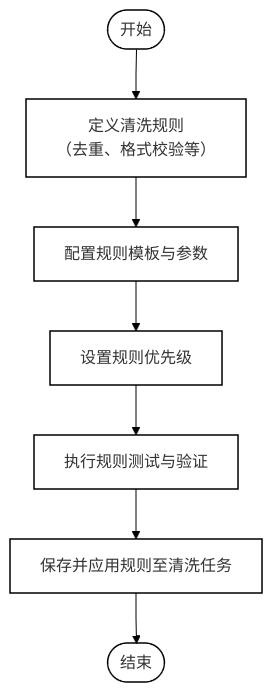
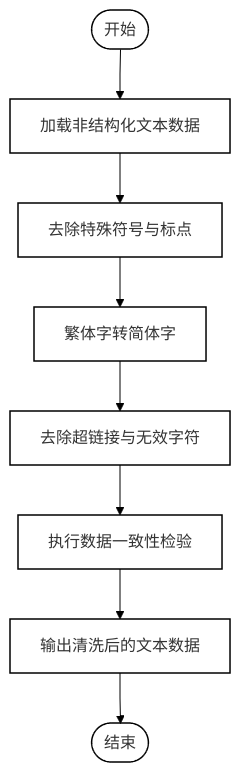
One commit to dremup/iodraw-files changed the diagram in all/未命名.md. Above: the diagram before and after it, drawn with Mermaid.

Commit message:
2025-11-14 09:47:07 update

````diff
--- a/all/未命名.md
+++ b/all/未命名.md
@@ -1,28 +1,29 @@
 ```mermaid
 %%{init:{
   "flowchart":{"direction":"TB","curve":"linear","htmlLabels":true},
   "themeVariables":{
     "background":"transparent",
     "edgeLabelBackground":"transparent",
     "primaryTextColor":"#000000",
     "lineColor":"#000000",
     "fontSize":"16px"
   },
   "themeCSS":".edgeLabel rect{fill:transparent!important;stroke:transparent!important;}"
 }}%%
 flowchart TB
-  A([开始]):::ellipse --> B[定义清洗规则<br/>（去重、格式校验等）]:::rect
-  B --> C[配置规则模板与参数]:::rect
-  C --> D[设置规则优先级]:::rect
-  D --> E[执行规则测试与验证]:::rect
-  E --> F[保存并应用规则至清洗任务]:::rect
-  F --> G([结束]):::ellipse
+  A([开始]):::ellipse --> B[加载非结构化文本数据]:::rect
+  B --> C[去除特殊符号与标点]:::rect
+  C --> D[繁体字转简体字]:::rect
+  D --> E[去除超链接与无效字符]:::rect
+  E --> F[执行数据一致性检验]:::rect
+  F --> G[输出清洗后的文本数据]:::rect
+  G --> H([结束]):::ellipse
 
   %% 样式定义
   linkStyle default interpolate linear;
   classDef ellipse fill:transparent,stroke:#000,stroke-width:1.5px,rx:25,ry:25;
   classDef rect fill:transparent,stroke:#000,stroke-width:1.5px;
-  class A,G ellipse;
-  class B,C,D,E,F rect;
+  class A,H ellipse;
+  class B,C,D,E,F,G rect;
 
 ```
````
